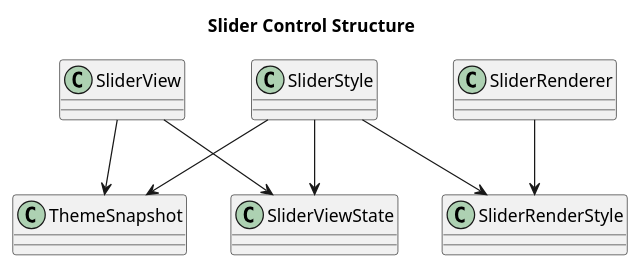
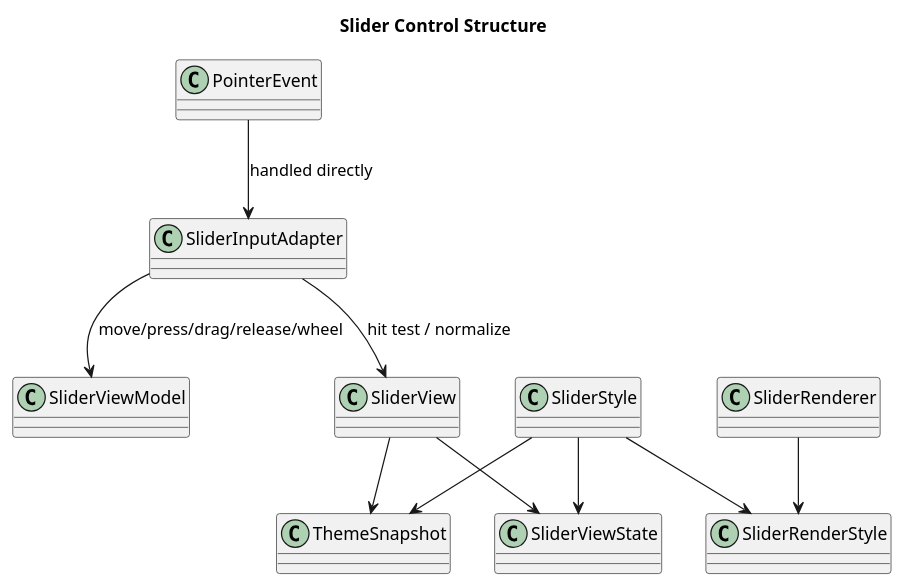
One commit to cdpoloz/cpz-mvvm-processing-controls changed the diagram in docs/uml/control_slider.puml. Above: the diagram before and after it, drawn with PlantUML. The commit also changed 13 other files, not shown here.

```diff
--- a/docs/uml/control_slider.puml
+++ b/docs/uml/control_slider.puml
@@ -1,19 +1,25 @@
 @startuml
 title Slider Control Structure
 skinparam packageStyle rectangle
 skinparam shadowing false
 
+class PointerEvent
+class SliderInputAdapter
+class SliderViewModel
 class SliderView
 class SliderViewState
 class SliderStyle
 class SliderRenderStyle
 class SliderRenderer
 class ThemeSnapshot
 
+PointerEvent --> SliderInputAdapter : handled directly
+SliderInputAdapter --> SliderView : hit test / normalize
+SliderInputAdapter --> SliderViewModel : move/press/drag/release/wheel
 SliderView --> SliderViewState
 SliderView --> ThemeSnapshot
 SliderStyle --> SliderViewState
 SliderStyle --> ThemeSnapshot
 SliderStyle --> SliderRenderStyle
 SliderRenderer --> SliderRenderStyle
 @enduml
```
